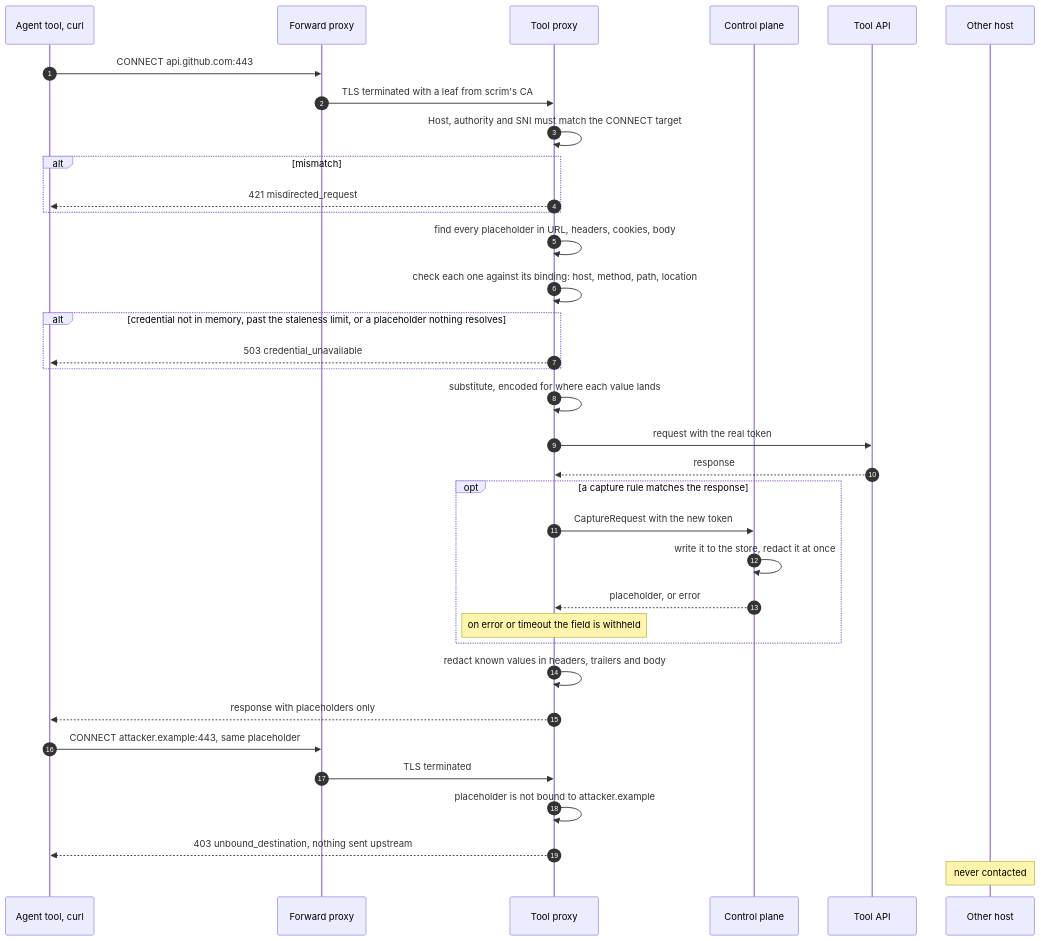
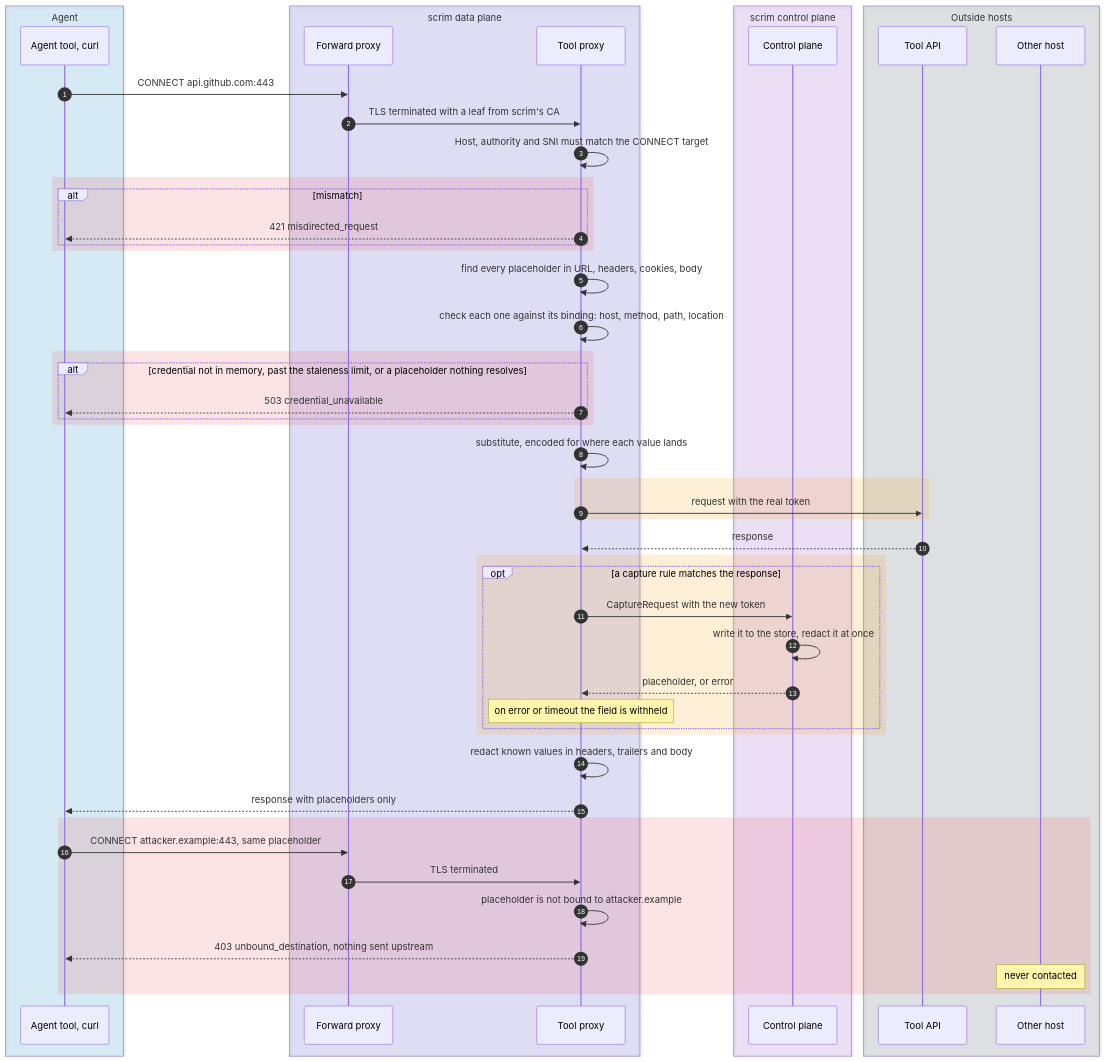
The fourth of 8 diagrams in docs/architecture.md (Heliopsy/scrim), drawn with Mermaid before and after one commit. The commit also changed other lines of this file and 6 other files, not shown here.

Commit message:
docs: new scrim logo and colour-coded mermaid diagrams

````diff
--- a/docs/architecture.md
+++ b/docs/architecture.md
@@ -214,39 +263,57 @@
 ```mermaid
 sequenceDiagram
   autonumber
+  box rgba(14,165,233,0.14) Agent
   participant A as Agent tool, curl
+  end
+  box rgba(99,102,241,0.16) scrim data plane
   participant F as Forward proxy
   participant X as Tool proxy
+  end
+  box rgba(168,85,247,0.14) scrim control plane
   participant D as Control plane
+  end
+  box rgba(100,116,139,0.16) Outside hosts
   participant U as Tool API
   participant O as Other host
+  end
 
   A->>F: CONNECT api.github.com:443
   F->>X: TLS terminated with a leaf from scrim's CA
   X->>X: Host, authority and SNI must match the CONNECT target
-  alt mismatch
-    X-->>A: 421 misdirected_request
+  rect rgba(239,68,68,0.14)
+    alt mismatch
+      X-->>A: 421 misdirected_request
+    end
   end
   X->>X: find every placeholder in URL, headers, cookies, body
   X->>X: check each one against its binding: host, method, path, location
-  alt credential not in memory, past the staleness limit, or a placeholder nothing resolves
-    X-->>A: 503 credential_unavailable
+  rect rgba(239,68,68,0.14)
+    alt credential not in memory, past the staleness limit, or a placeholder nothing resolves
+      X-->>A: 503 credential_unavailable
+    end
   end
   X->>X: substitute, encoded for where each value lands
-  X->>U: request with the real token
+  rect rgba(245,158,11,0.16)
+    X->>U: request with the real token
+  end
   U-->>X: response
-  opt a capture rule matches the response
-    X->>D: CaptureRequest with the new token
-    D->>D: write it to the store, redact it at once
-    D-->>X: placeholder, or error
-    Note over X: on error or timeout the field is withheld
+  rect rgba(245,158,11,0.16)
+    opt a capture rule matches the response
+      X->>D: CaptureRequest with the new token
+      D->>D: write it to the store, redact it at once
+      D-->>X: placeholder, or error
+      Note over X: on error or timeout the field is withheld
+    end
   end
   X->>X: redact known values in headers, trailers and body
   X-->>A: response with placeholders only
 
-  A->>F: CONNECT attacker.example:443, same placeholder
-  F->>X: TLS terminated
-  X->>X: placeholder is not bound to attacker.example
-  X-->>A: 403 unbound_destination, nothing sent upstream
-  Note over O: never contacted
+  rect rgba(239,68,68,0.14)
+    A->>F: CONNECT attacker.example:443, same placeholder
+    F->>X: TLS terminated
+    X->>X: placeholder is not bound to attacker.example
+    X-->>A: 403 unbound_destination, nothing sent upstream
+    Note over O: never contacted
+  end
 ```
````
